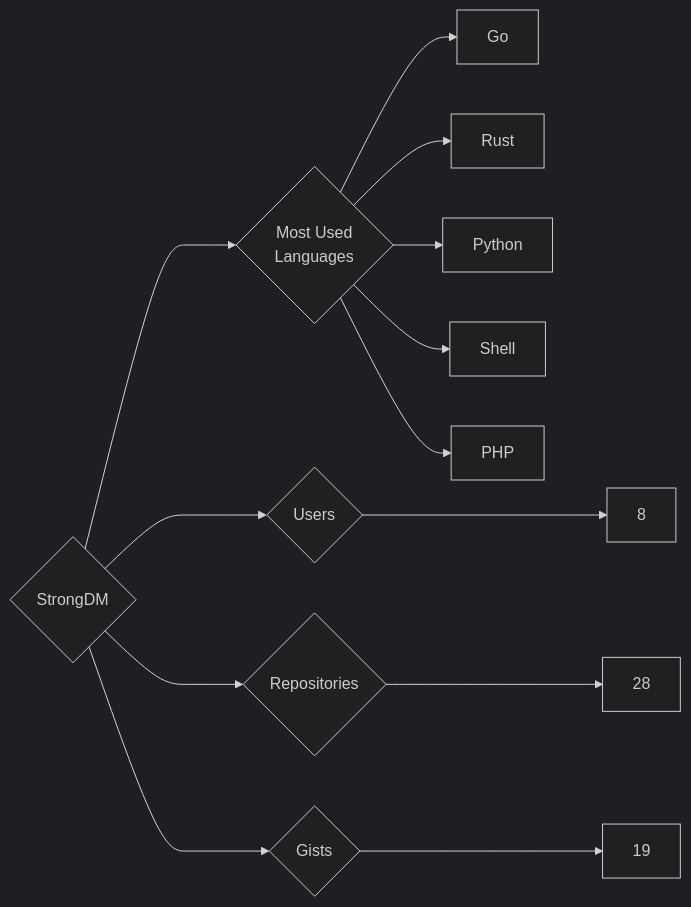
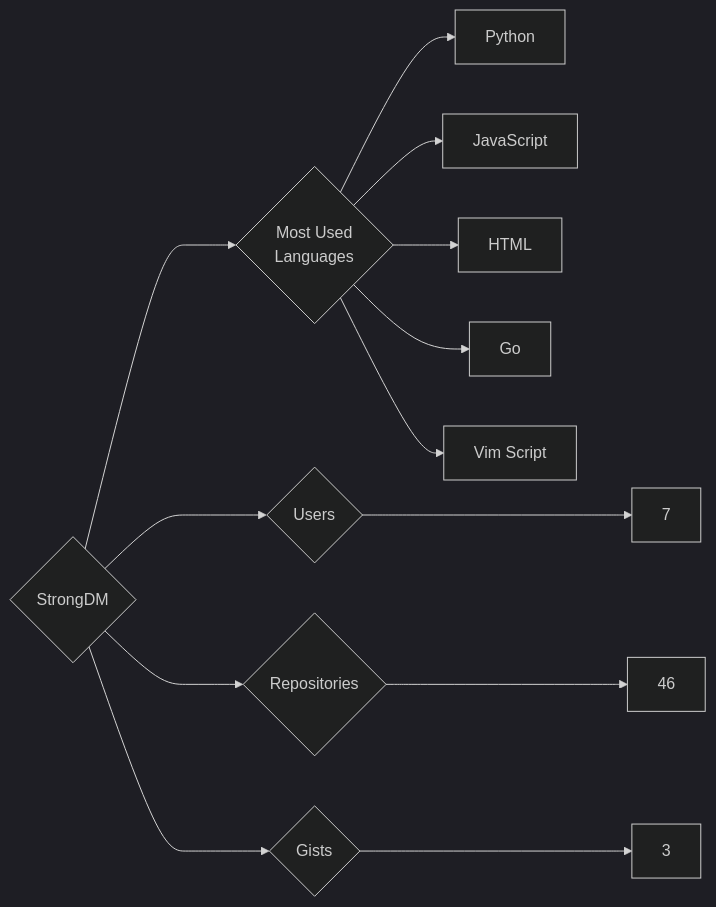
The diagram in targets/StrongDM/README.md (trickest/insiders), drawn with Mermaid (dark theme) before and after one commit. The commit also changed 748 other files, not shown here.

````diff
--- a/targets/StrongDM/README.md
+++ b/targets/StrongDM/README.md
@@ -3,13 +3,13 @@
 ```mermaid
 graph LR
 COMPANY_NAME{StrongDM}
-COMPANY_NAME ---> U{Users} ---> UN[8]
-COMPANY_NAME ---> R{Repositories} ---> RN[28]
-COMPANY_NAME ---> G{Gists} ---> GN[19]
+COMPANY_NAME ---> U{Users} ---> UN[7]
+COMPANY_NAME ---> R{Repositories} ---> RN[46]
+COMPANY_NAME ---> G{Gists} ---> GN[3]
 COMPANY_NAME ---> ML{Most Used<br>Languages}
+ML --> Python[Python]
+ML --> JavaScript[JavaScript]
+ML --> HTML[HTML]
 ML --> Go[Go]
-ML --> Rust[Rust]
-ML --> Python[Python]
-ML --> Shell[Shell]
-ML --> PHP[PHP]
+ML --> Vim_Script[Vim Script]
 ```
````
